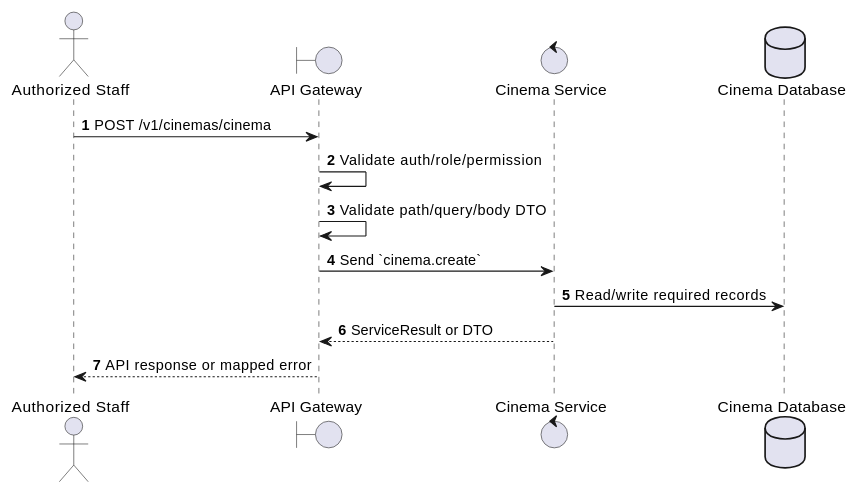
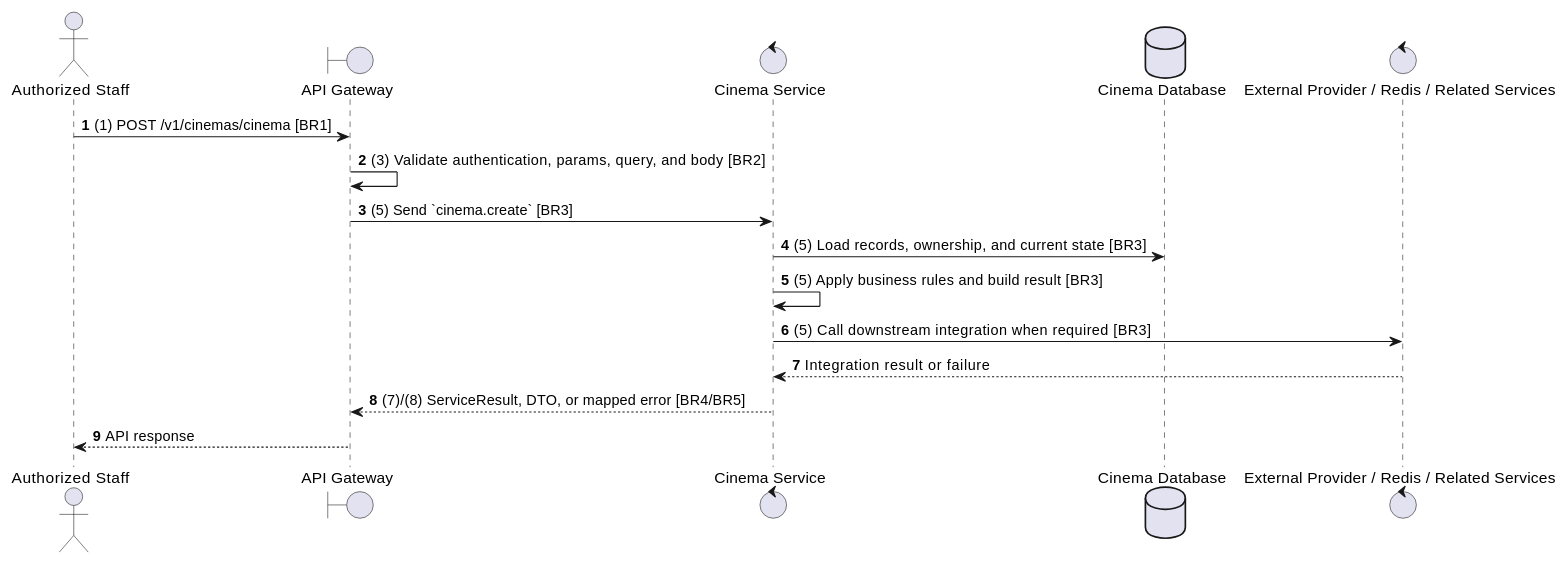
Before and after one commit to Tanh1603/movie-hub-architecture: the second of 2 diagrams in docs/functional_specs/3.2.1_Cinema_Management/CM-02_Create_Cinema.md, drawn with PlantUML. The commit also changed other lines of this file and 129 other files, not shown here.

````diff
--- a/docs/functional_specs/3.2.1_Cinema_Management/CM-02_Create_Cinema.md
+++ b/docs/functional_specs/3.2.1_Cinema_Management/CM-02_Create_Cinema.md
@@ -17,17 +64,20 @@
 ```plantuml
 @startuml
 autonumber
 actor "Authorized Staff" as Actor
 boundary "API Gateway" as GW
 control "Cinema Service" as SVC
 database "Cinema Database" as DB
+control "External Provider / Redis / Related Services" as EXT
 
-Actor -> GW: POST /v1/cinemas/cinema
-GW -> GW: Validate auth/role/permission
-GW -> GW: Validate path/query/body DTO
-GW -> SVC: Send `cinema.create`
-SVC -> DB: Read/write required records
-SVC --> GW: ServiceResult or DTO
-GW --> Actor: API response or mapped error
+Actor -> GW: (1) POST /v1/cinemas/cinema [BR1]
+GW -> GW: (3) Validate authentication, params, query, and body [BR2]
+GW -> SVC: (5) Send `cinema.create` [BR3]
+SVC -> DB: (5) Load records, ownership, and current state [BR3]
+SVC -> SVC: (5) Apply business rules and build result [BR3]
+SVC -> EXT: (5) Call downstream integration when required [BR3]
+EXT --> SVC: Integration result or failure
+SVC --> GW: (7)/(8) ServiceResult, DTO, or mapped error [BR4/BR5]
+GW --> Actor: API response
 @enduml
 ```
````
